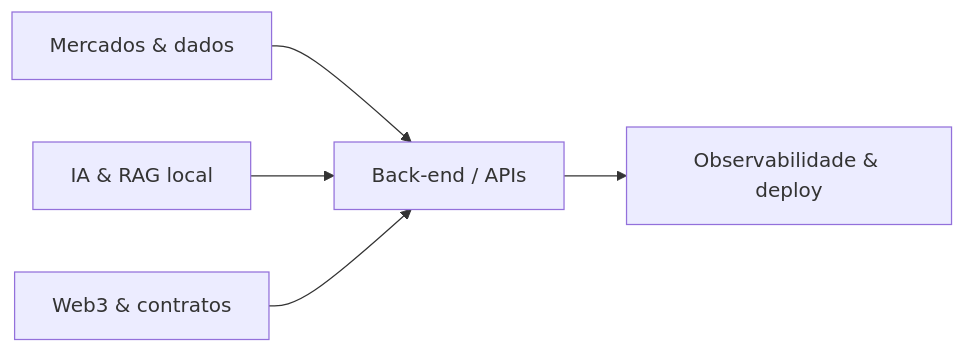
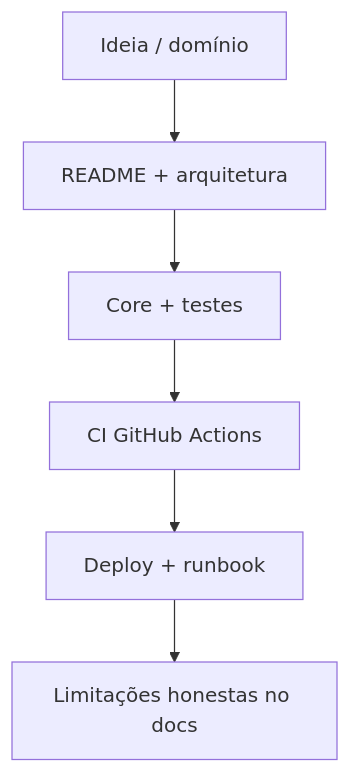
One commit to SrSatriano/SrSatriano changed the second of 2 diagrams in README.md. Above: the diagram before and after it, drawn with Mermaid. The commit also changed other lines of this file, not shown here.

````diff
--- a/README.md
+++ b/README.md
@@ -80,7 +359,8 @@
 ```mermaid
-flowchart LR
-  A[Mercados & dados] --> B[Back-end / APIs]
-  C[IA & RAG local] --> B
-  D[Web3 & contratos] --> B
-  B --> E[Observabilidade & deploy]
+flowchart TD
+  A[Ideia / domínio] --> B[README + arquitetura]
+  B --> C[Core + testes]
+  C --> D[CI GitHub Actions]
+  D --> E[Deploy + runbook]
+  E --> F[Limitações honestas no docs]
 ```
````
